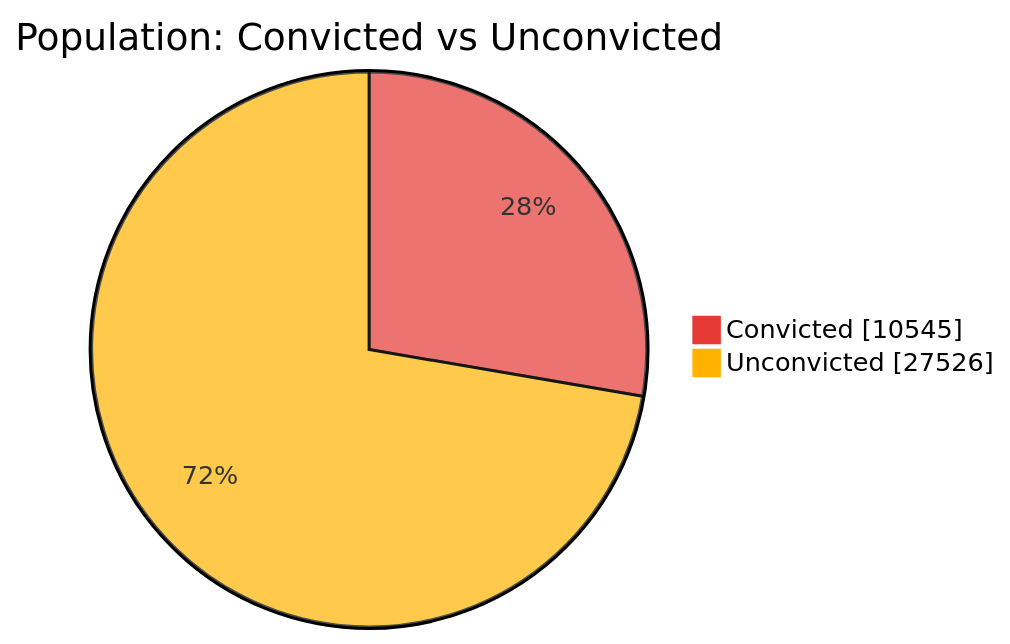
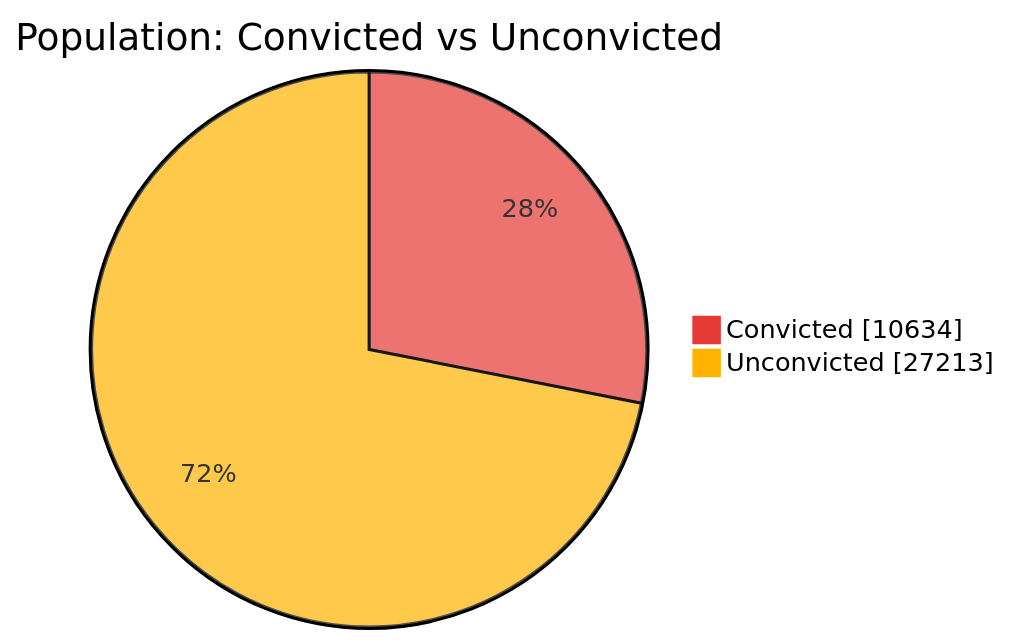
Before and after one commit to nuuuwan/lk_prisons: the first of 7 diagrams in README.md, drawn with Mermaid. The commit also changed other lines of this file and 1 other file, not shown here.

````diff
--- a/README.md
+++ b/README.md
@@ -43,6 +43,6 @@
 ```mermaid
 %%{init: {'themeVariables': {'pie1': '#E53935', 'pie2': '#FFB300'}}}%%
 pie showData title Population: Convicted vs Unconvicted
-    "Convicted" : 10545
-    "Unconvicted" : 27526
+    "Convicted" : 10634
+    "Unconvicted" : 27213
 ```
````
